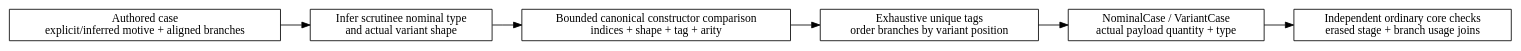
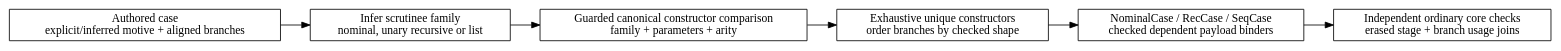
Before and after one commit to odunboye/fibril: the diagram in docs/diagrams/direct-data-cases.dot, drawn with Graphviz. The commit also changed 32 other files, not shown here.

Commit message:
Support direct cases for recursive list shapes

```diff
--- a/docs/diagrams/direct-data-cases.dot
+++ b/docs/diagrams/direct-data-cases.dot
@@ -1,11 +1,11 @@
 digraph DirectDataCases {
   rankdir=LR;
   node [shape=box];
   source [label="Authored case\nexplicit/inferred motive + aligned branches"];
-  infer [label="Infer scrutinee nominal type\nand actual variant shape"];
-  compare [label="Bounded canonical constructor comparison\nindices + shape + tag + arity"];
-  coverage [label="Exhaustive unique tags\norder branches by variant position"];
-  assemble [label="NominalCase / VariantCase\nactual payload quantity + type"];
+  infer [label="Infer scrutinee family\nnominal, unary recursive or list"];
+  compare [label="Guarded canonical constructor comparison\nfamily + parameters + arity"];
+  coverage [label="Exhaustive unique constructors\norder branches by checked shape"];
+  assemble [label="NominalCase / RecCase / SeqCase\nchecked dependent payload binders"];
   check [label="Independent ordinary core checks\nerased stage + branch usage joins"];
   source -> infer -> compare -> coverage -> assemble -> check;
 }
```
